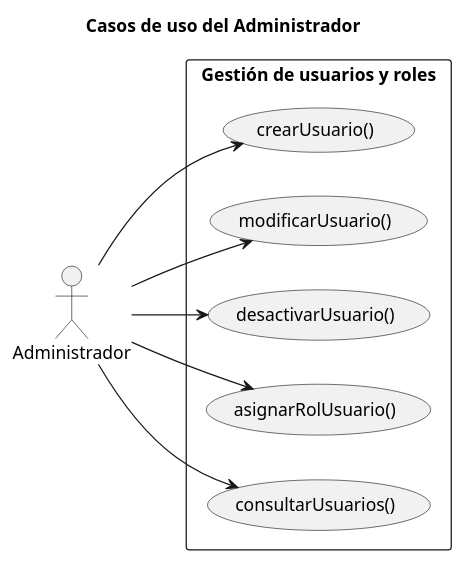
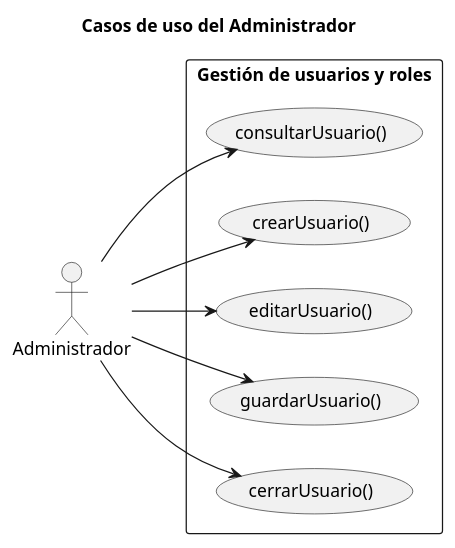
Before and after one commit to enmabry/25-26-IdSw1-SdR: the diagram in documents/CasosDeUso/CasoDeUso/Administrador/Administrador.puml, drawn with PlantUML. The commit also changed 9 other files, not shown here.

Commit message:
Remove unused use cases and their associated diagrams for "Importar Matrículas" and "Ver Detalle Matrícula" from the documentation.

```diff
--- a/documents/CasosDeUso/CasoDeUso/Administrador/Administrador.puml
+++ b/documents/CasosDeUso/CasoDeUso/Administrador/Administrador.puml
@@ -1,23 +1,22 @@
-@startuml Admin
+@startuml Administrador_CasosDeUso
 title Casos de uso del Administrador
 left to right direction
+skinparam packageStyle rectangle
 
-actor Administrador as Admin
+actor Administrador
 
 rectangle "Gestión de usuarios y roles" {
 
-  usecase "crearUsuario()"            as UC_Crear
-  usecase "modificarUsuario()"        as UC_Modificar
-  usecase "desactivarUsuario()"       as UC_Desactivar
-  usecase "asignarRolUsuario()"       as UC_AsignarRol
-  usecase "consultarUsuarios()"       as UC_Consultar
-
+    usecase "consultarUsuario()" as CU_Consultar
+    usecase "crearUsuario()"     as CU_Crear
+    usecase "editarUsuario()"    as CU_Editar
+    usecase "guardarUsuario()"   as CU_Guardar
+    usecase "cerrarUsuario()"    as CU_Cerrar
 }
 
-Admin --> UC_Crear
-Admin --> UC_Modificar
-Admin --> UC_Desactivar
-Admin --> UC_AsignarRol
-Admin --> UC_Consultar
-
+Administrador --> CU_Consultar
+Administrador --> CU_Crear
+Administrador --> CU_Editar
+Administrador --> CU_Guardar
+Administrador --> CU_Cerrar
 @enduml
```
